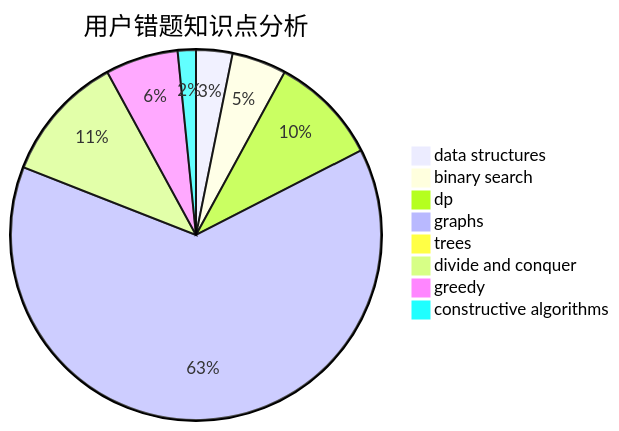
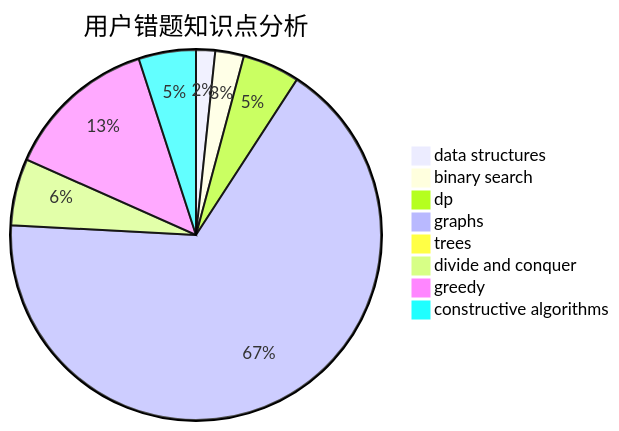
Before and after one commit to sherpahu/cfrs.github.io: the third of 3 diagrams in docs/user/u2219.md, drawn with Mermaid. The commit also changed other lines of this file and 2770 other files, not shown here.

````diff
--- a/docs/user/u2219.md
+++ b/docs/user/u2219.md
@@ -36,11 +36,11 @@
 ```mermaid
 pie title 用户错题知识点分析
     "data structures" :  2
     "binary search" :  3
     "dp" :  6
-    "graphs" :  40
+    "graphs" :  80
     "trees" :  0
     "divide and conquer" :  7
-    "greedy" :  4
-    "constructive algorithms" :  1
+    "greedy" :  16
+    "constructive algorithms" :  6
 ```
````
